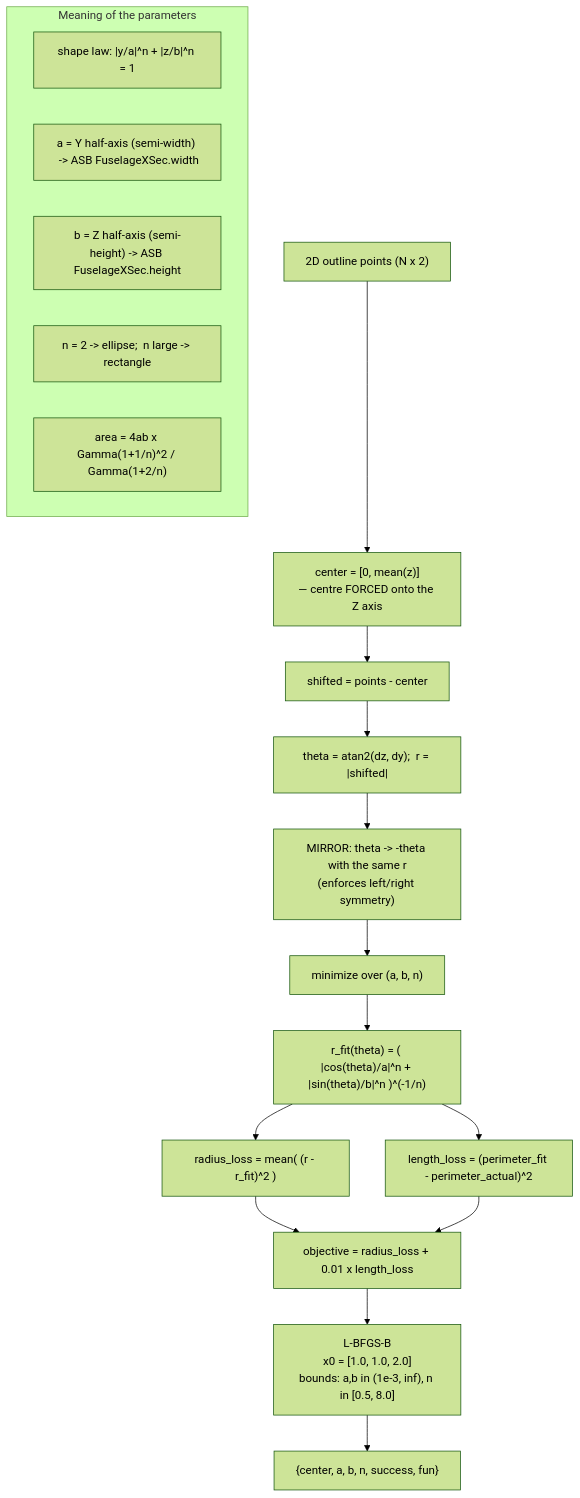
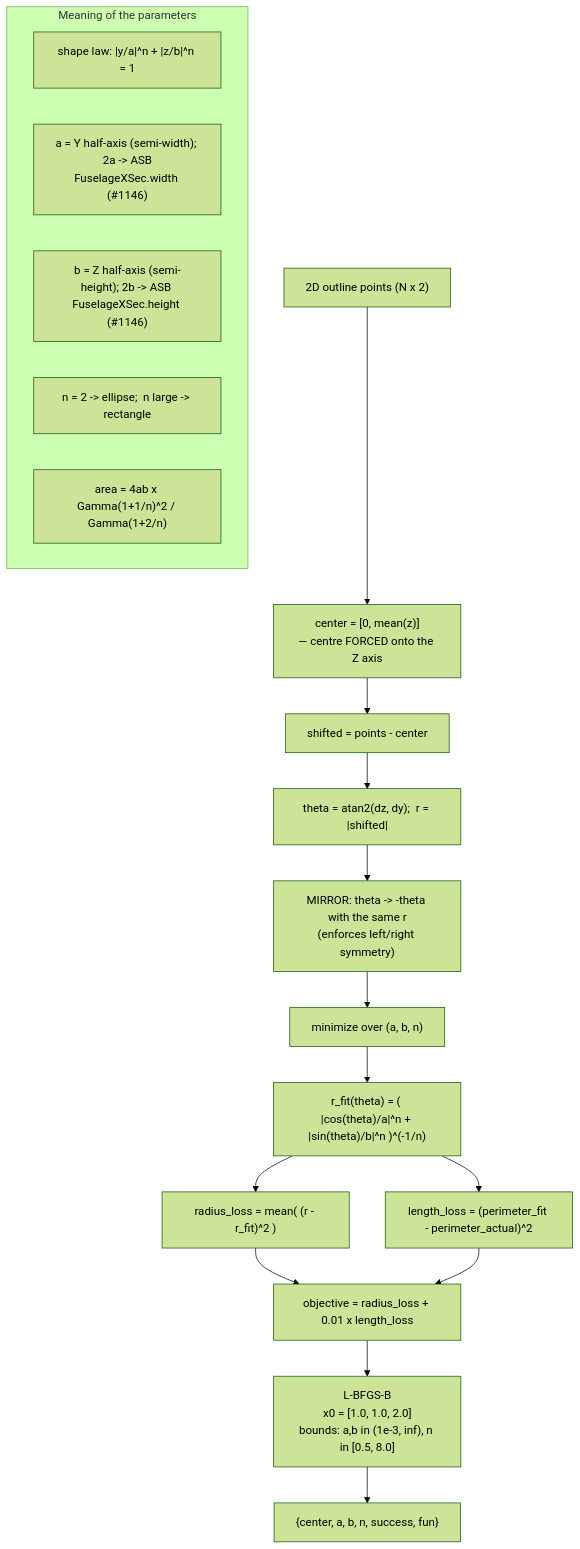
The fourth of 6 diagrams in _reversa_sdd/flowcharts/fuselage-design.md (szymansk/da3Dalus), drawn with Mermaid (forest theme) before and after one commit. The commit also changed 19 other files, not shown here.

````diff
--- a/_reversa_sdd/flowcharts/fuselage-design.md
+++ b/_reversa_sdd/flowcharts/fuselage-design.md
@@ -83,24 +83,24 @@
 ```mermaid
 flowchart TD
     A["2D outline points (N x 2)"] --> B["center = [0, mean(z)]<br/>— centre FORCED onto the Z axis"]
     B --> C["shifted = points - center"]
     C --> D["theta = atan2(dz, dy);  r = |shifted|"]
     D --> E["MIRROR: theta -> -theta with the same r<br/>(enforces left/right symmetry)"]
     E --> F["minimize over (a, b, n)"]
 
     F --> G["r_fit(theta) = ( |cos(theta)/a|^n + |sin(theta)/b|^n )^(-1/n)"]
     G --> H["radius_loss = mean( (r - r_fit)^2 )"]
     G --> I["length_loss = (perimeter_fit - perimeter_actual)^2"]
     H --> J["objective = radius_loss + 0.01 x length_loss"]
     I --> J
     J --> K["L-BFGS-B<br/>x0 = [1.0, 1.0, 2.0]<br/>bounds: a,b in (1e-3, inf), n in [0.5, 8.0]"]
     K --> L["{center, a, b, n, success, fun}"]
 
     subgraph MEAN["Meaning of the parameters"]
         M1["shape law: |y/a|^n + |z/b|^n = 1"]
-        M2["a = Y half-axis (semi-width)  -> ASB FuselageXSec.width"]
-        M3["b = Z half-axis (semi-height) -> ASB FuselageXSec.height"]
+        M2["a = Y half-axis (semi-width);  2a -> ASB FuselageXSec.width (#1146)"]
+        M3["b = Z half-axis (semi-height); 2b -> ASB FuselageXSec.height (#1146)"]
         M4["n = 2 -> ellipse;  n large -> rectangle"]
         M5["area = 4ab x Gamma(1+1/n)^2 / Gamma(1+2/n)"]
     end
 ```
````
